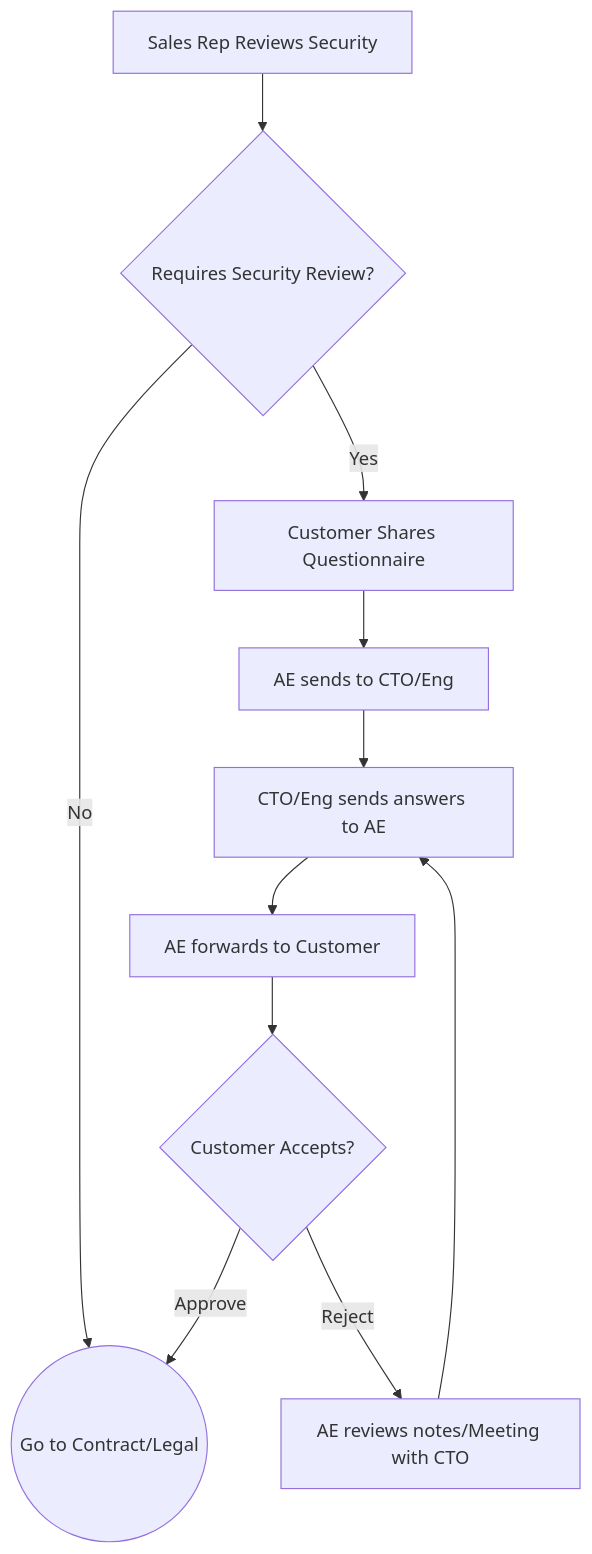
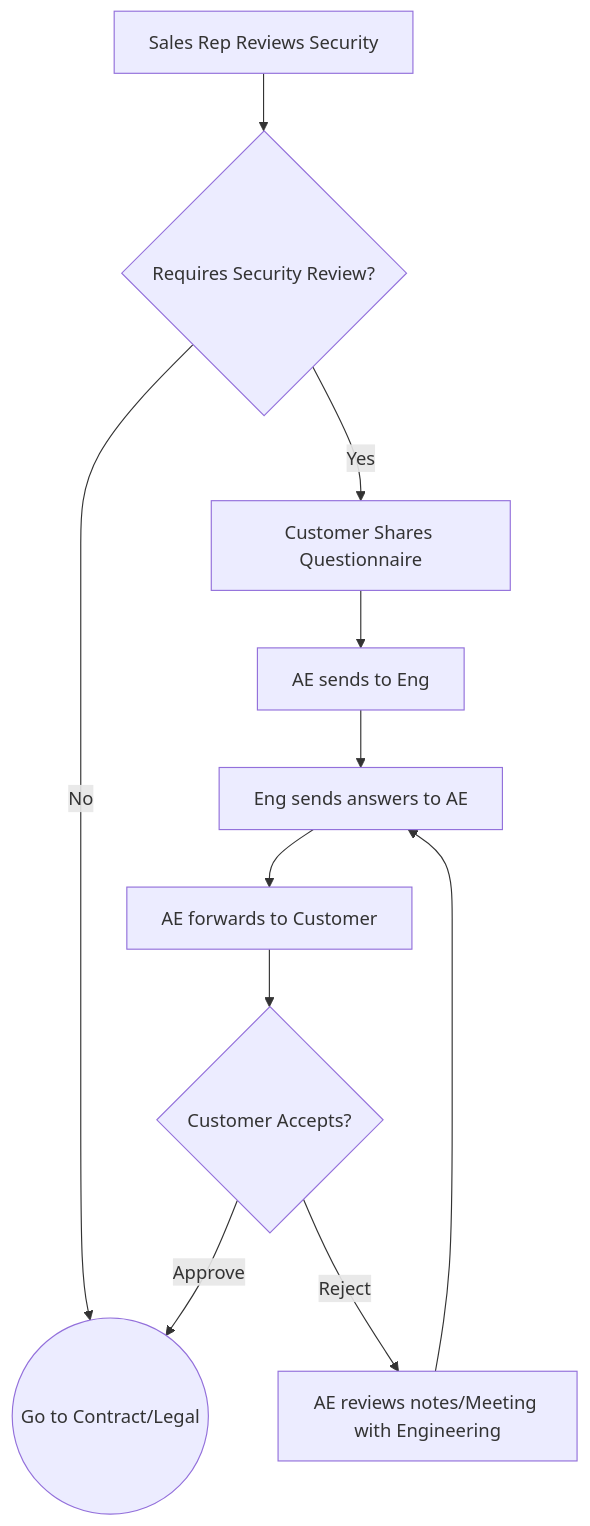
The second of 3 diagrams in src/handbook/sales/engagements.md (FlowFuse/website), drawn with Mermaid before and after one commit. The commit also changed other lines of this file, not shown here.

Commit message:
Remove CTO specific refs for Engineering

````diff
--- a/src/handbook/sales/engagements.md
+++ b/src/handbook/sales/engagements.md
@@ -204,39 +204,39 @@
 ```mermaid
 flowchart TD
     %% Nodes
     Start[Sales Rep Reviews Security]
     ReqReview{Requires Security Review?}
     
     %% Happy Path Steps
     ShareQ[Customer Shares Questionnaire]
-    SendToEng[AE sends to CTO/Eng]
-    EngAnswers[CTO/Eng sends answers to AE]
+    SendToEng[AE sends to Eng]
+    EngAnswers[Eng sends answers to AE]
     Forward[AE forwards to Customer]
     
     %% Approval Decision
     Accepts{Customer Accepts?}
-    Rework[AE reviews notes/Meeting with CTO]
+    Rework[AE reviews notes/Meeting with Engineering]
     
     %% End State
     EndProcess((Go to Contract/Legal))
 
     %% Connections
     Start --> ReqReview
     
     %% No Review Path
     ReqReview -- No --> EndProcess
     
     %% Review Needed Path
     ReqReview -- Yes --> ShareQ
     ShareQ --> SendToEng
     SendToEng --> EngAnswers
     EngAnswers --> Forward
     Forward --> Accepts
     
     %% Outcome Logic
     Accepts -- Approve --> EndProcess
     
     %% Rejection Loop
     Accepts -- Reject --> Rework
     Rework --> EngAnswers
 ```
````
